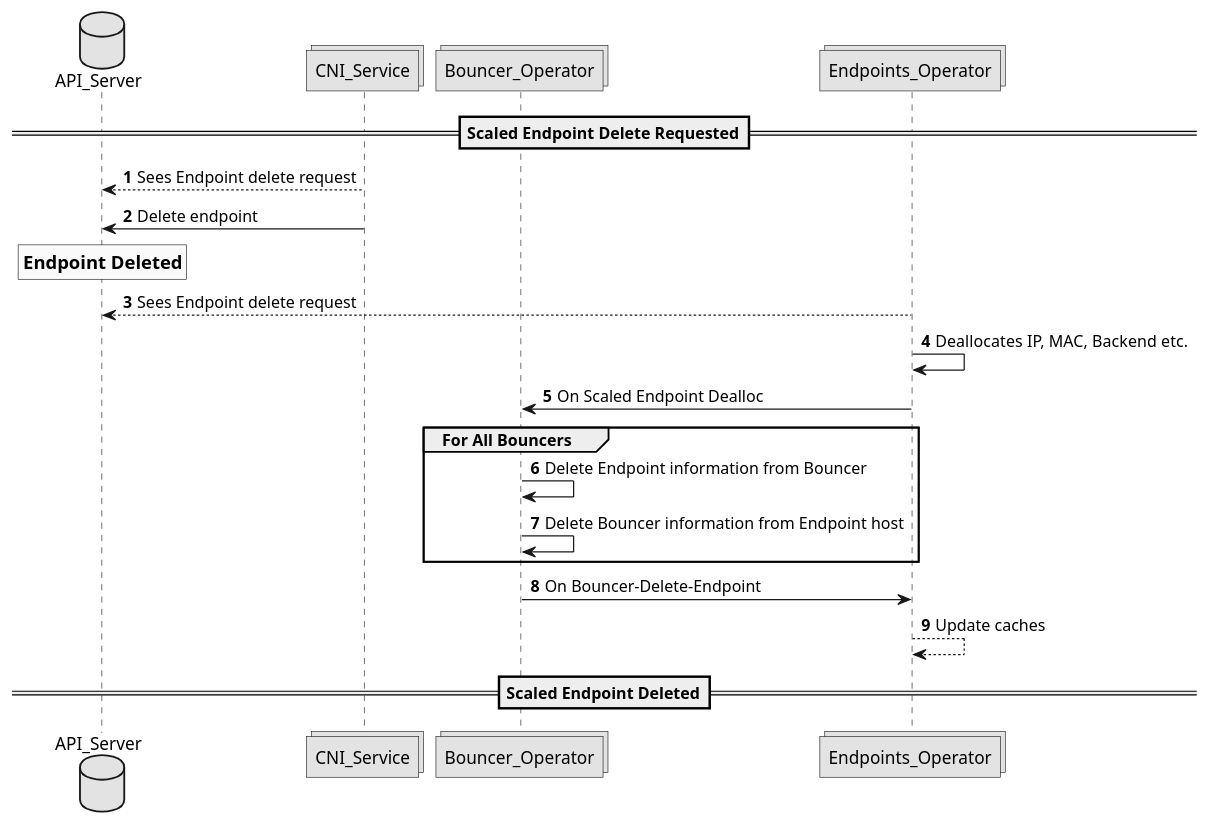
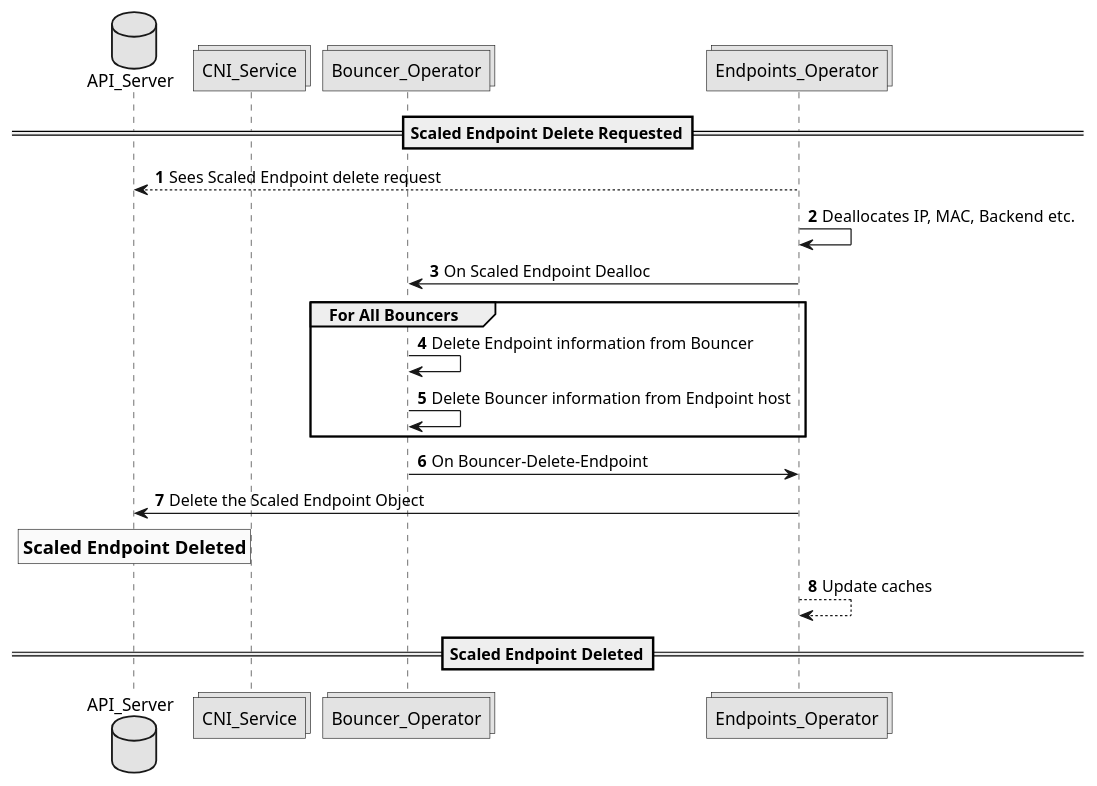
Before and after one commit to CentaurusInfra/mizar: the diagram in docs/design/puml/delete_scaled_endpoint_workflow.puml, drawn with PlantUML. The commit also changed 3 other files, not shown here.

```diff
--- a/docs/design/puml/delete_scaled_endpoint_workflow.puml
+++ b/docs/design/puml/delete_scaled_endpoint_workflow.puml
@@ -1,25 +1,24 @@
 @startuml
 
 skinparam monochrome true
 autonumber
 
 database API_Server
 collections CNI_Service
 collections Bouncer_Operator
 collections Endpoints_Operator
 
 ==Scaled Endpoint Delete Requested==
-CNI_Service --> API_Server: Sees Endpoint delete request
-CNI_Service -> API_Server: Delete endpoint
-rnote over API_Server: ==Endpoint Deleted
-Endpoints_Operator --> API_Server: Sees Endpoint delete request
+Endpoints_Operator --> API_Server: Sees Scaled Endpoint delete request
 Endpoints_Operator -> Endpoints_Operator: Deallocates IP, MAC, Backend etc.
 Endpoints_Operator -> Bouncer_Operator: On Scaled Endpoint Dealloc
 group For All Bouncers
 Bouncer_Operator -> Bouncer_Operator: Delete Endpoint information from Bouncer
 Bouncer_Operator -> Bouncer_Operator: Delete Bouncer information from Endpoint host
 end
 Bouncer_Operator -> Endpoints_Operator: On Bouncer-Delete-Endpoint
+Endpoints_Operator -> API_Server: Delete the Scaled Endpoint Object
+rnote over API_Server: == Scaled Endpoint Deleted
 Endpoints_Operator --> Endpoints_Operator: Update caches
 ==Scaled Endpoint Deleted==
 @enduml
```
